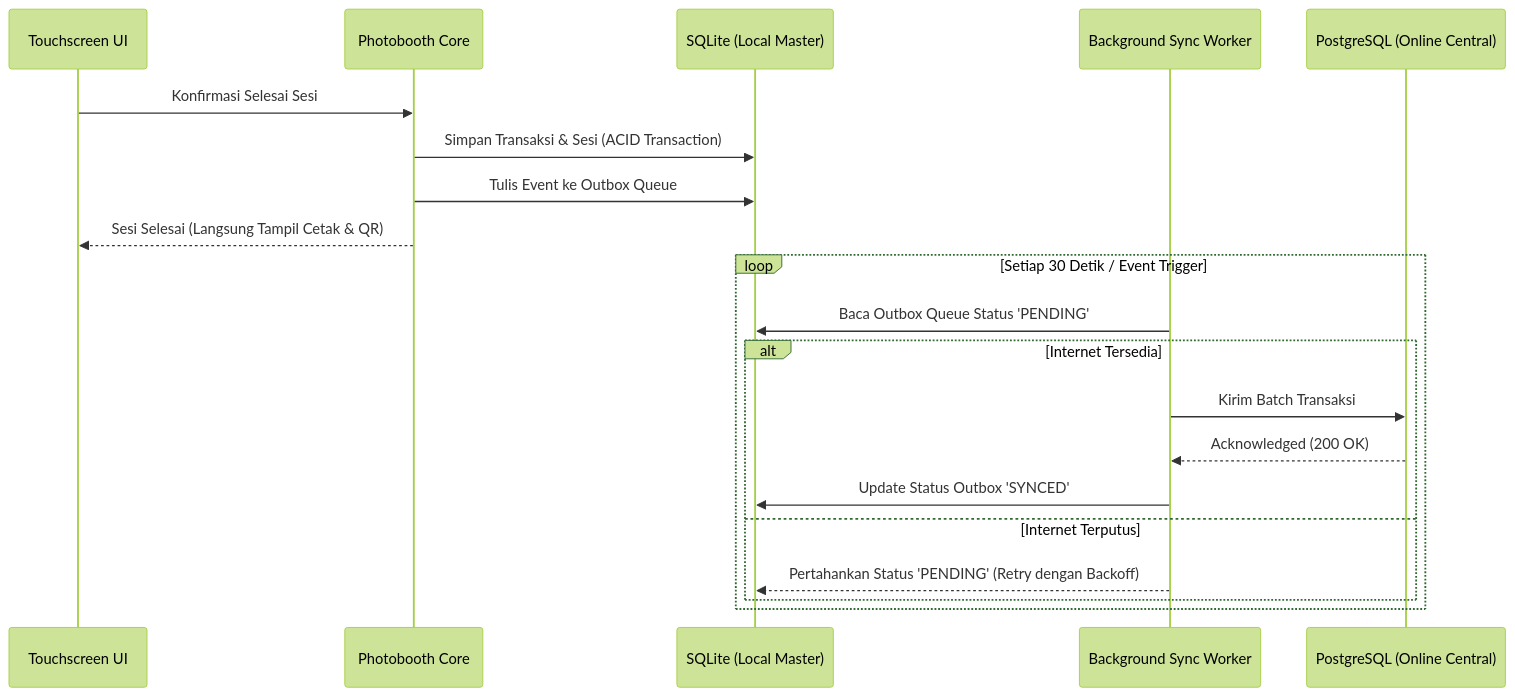
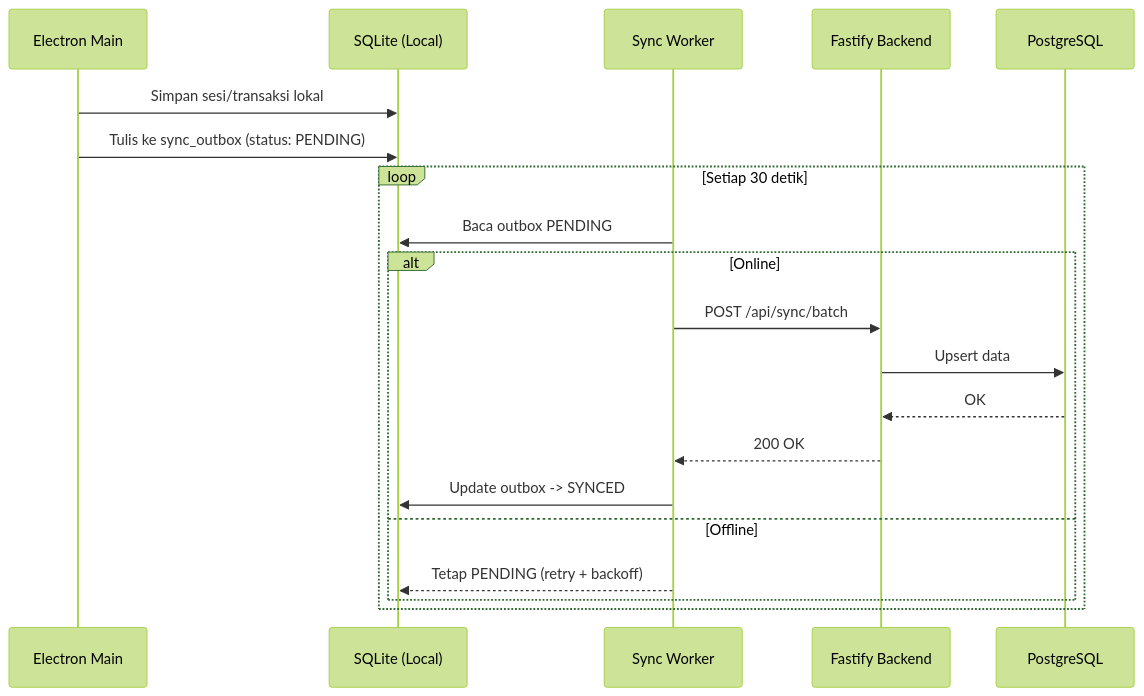
Before and after one commit to luchfier/Minja-Project: the third of 4 diagrams in docs/ARCHITECTURE.md, drawn with Mermaid (forest theme). The commit also changed other lines of this file and 6 other files, not shown here.

First line of the commit message:
docs: milestone 0 v2 - architecture, api contract, database schema, security, test plan, milestones

````diff
--- a/docs/ARCHITECTURE.md
+++ b/docs/ARCHITECTURE.md
@@ -113,24 +314,24 @@
 ```mermaid
 sequenceDiagram
-    participant UI as Touchscreen UI
-    participant Core as Photobooth Core
-    participant LocalDB as SQLite (Local Master)
-    participant Sync as Background Sync Worker
-    participant CloudDB as PostgreSQL (Online Central)
+    participant Desktop as Electron Main
+    participant SQLite as SQLite (Local)
+    participant Sync as Sync Worker
+    participant API as Fastify Backend
+    participant PG as PostgreSQL
 
-    UI->>Core: Konfirmasi Selesai Sesi
-    Core->>LocalDB: Simpan Transaksi & Sesi (ACID Transaction)
-    Core->>LocalDB: Tulis Event ke Outbox Queue
-    Core-->>UI: Sesi Selesai (Langsung Tampil Cetak & QR)
+    Desktop->>SQLite: Simpan sesi/transaksi lokal
+    Desktop->>SQLite: Tulis ke sync_outbox (status: PENDING)
     
-    loop Setiap 30 Detik / Event Trigger
-        Sync->>LocalDB: Baca Outbox Queue Status 'PENDING'
-        alt Internet Tersedia
-            Sync->>CloudDB: Kirim Batch Transaksi
-            CloudDB-->>Sync: Acknowledged (200 OK)
-            Sync->>LocalDB: Update Status Outbox 'SYNCED'
-        else Internet Terputus
-            Sync-->>LocalDB: Pertahankan Status 'PENDING' (Retry dengan Backoff)
+    loop Setiap 30 detik
+        Sync->>SQLite: Baca outbox PENDING
+        alt Online
+            Sync->>API: POST /api/sync/batch
+            API->>PG: Upsert data
+            PG-->>API: OK
+            API-->>Sync: 200 OK
+            Sync->>SQLite: Update outbox -> SYNCED
+        else Offline
+            Sync-->>SQLite: Tetap PENDING (retry + backoff)
         end
     end
 ```
````
